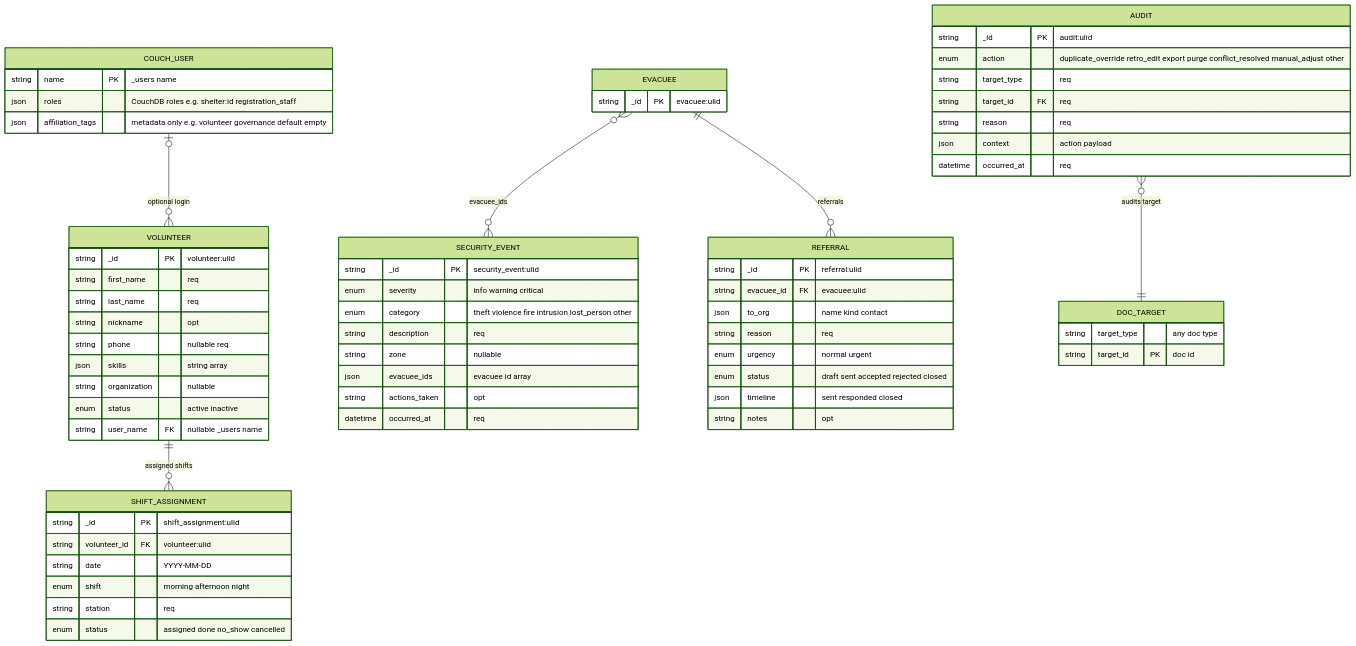
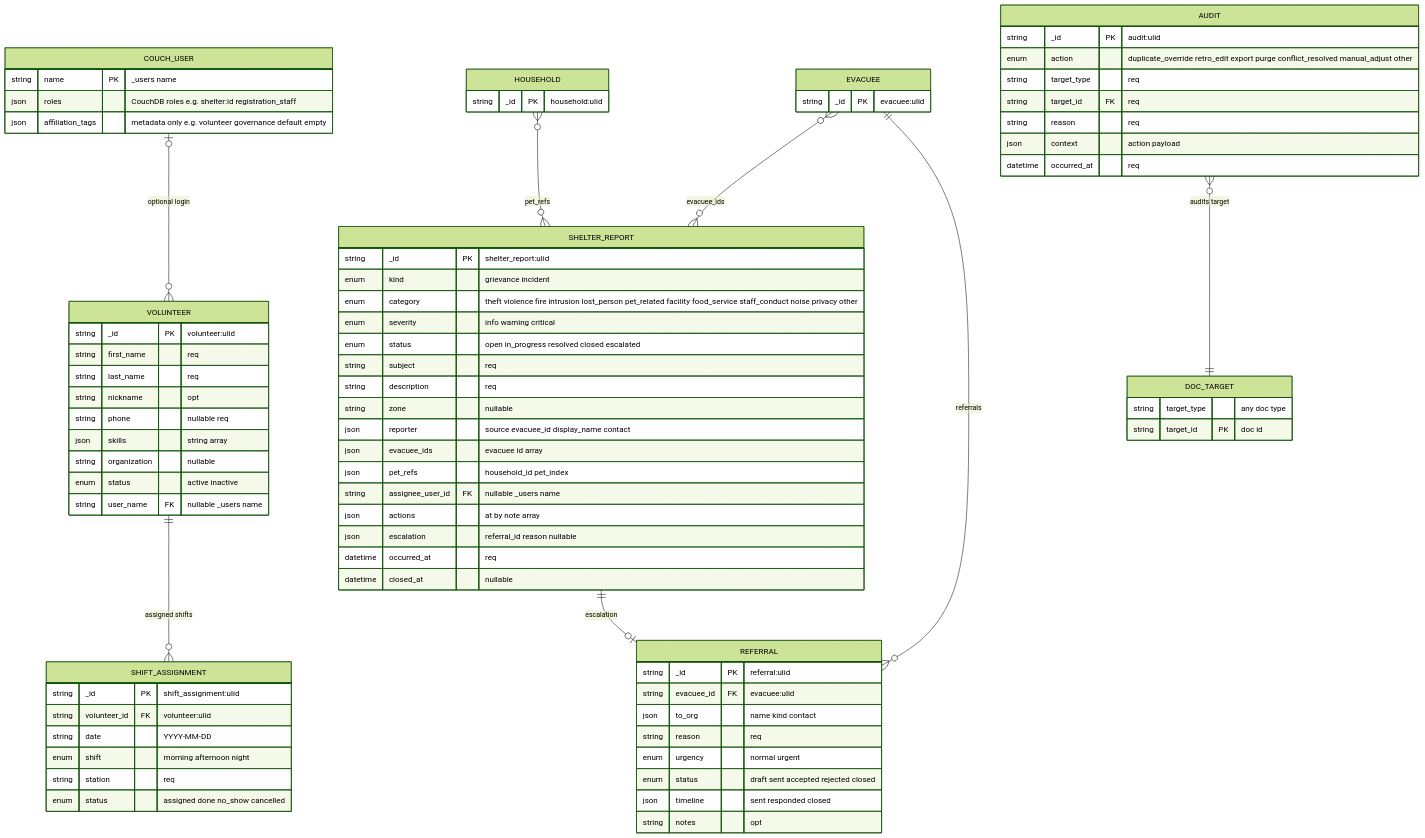
The fifth of 7 diagrams in docs/data/schema-er-diagram.md (r202-coe-psu/tent), drawn with Mermaid (forest theme) before and after one commit. The commit also changed other lines of this file and 21 other files, not shown here.

````diff
--- a/docs/data/schema-er-diagram.md
+++ b/docs/data/schema-er-diagram.md
@@ -368,15 +370,23 @@
         enum status "assigned done no_show cancelled"
     }
 
-    SECURITY_EVENT {
-        string _id PK "security_event:ulid"
+    SHELTER_REPORT {
+        string _id PK "shelter_report:ulid"
+        enum kind "grievance incident"
+        enum category "theft violence fire intrusion lost_person pet_related facility food_service staff_conduct noise privacy other"
         enum severity "info warning critical"
-        enum category "theft violence fire intrusion lost_person other"
+        enum status "open in_progress resolved closed escalated"
+        string subject "req"
         string description "req"
         string zone "nullable"
+        json reporter "source evacuee_id display_name contact"
         json evacuee_ids "evacuee id array"
-        string actions_taken "opt"
+        json pet_refs "household_id pet_index"
+        string assignee_user_id FK "nullable _users name"
+        json actions "at by note array"
+        json escalation "referral_id reason nullable"
         datetime occurred_at "req"
+        datetime closed_at "nullable"
     }
 
     REFERRAL {
@@ -404,6 +414,10 @@
         string _id PK "evacuee:ulid"
     }
 
+    HOUSEHOLD {
+        string _id PK "household:ulid"
+    }
+
     DOC_TARGET {
         string target_type "any doc type"
         string target_id PK "doc id"
@@ -411,7 +425,9 @@
 
     COUCH_USER |o--o{ VOLUNTEER : "optional login"
     VOLUNTEER ||--o{ SHIFT_ASSIGNMENT : "assigned shifts"
-    EVACUEE }o--o{ SECURITY_EVENT : "evacuee_ids"
+    EVACUEE }o--o{ SHELTER_REPORT : "evacuee_ids"
+    HOUSEHOLD }o--o{ SHELTER_REPORT : "pet_refs"
+    SHELTER_REPORT ||--o| REFERRAL : "escalation"
     EVACUEE ||--o{ REFERRAL : "referrals"
     AUDIT }o--|| DOC_TARGET : "audits target"
 ```
````
